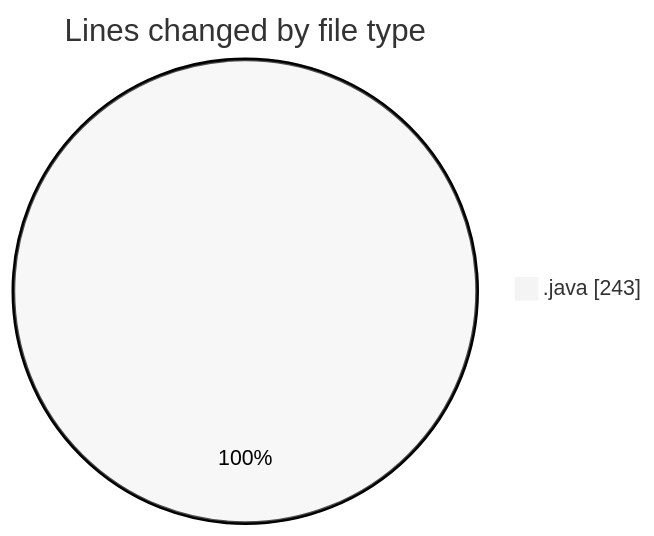
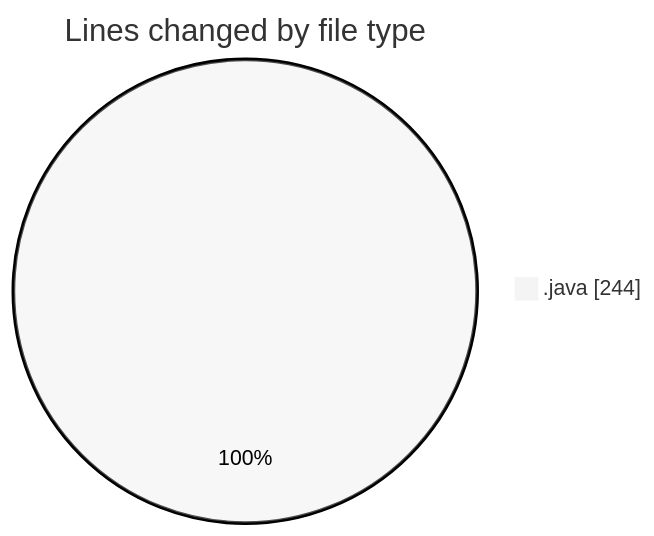
One commit to NitaiMahat/code-tracking changed the first of 2 diagrams in 2025-03-14/startfiles/README.md. Above: the diagram before and after it, drawn with Mermaid (neutral theme). The commit also changed other lines of this file and 1 other file, not shown here.

````diff
--- a/2025-03-14/startfiles/README.md
+++ b/2025-03-14/startfiles/README.md
@@ -20,5 +20,5 @@
 ```mermaid
 pie showData
 title Lines changed by file type
-".java" : 243
+".java" : 244
 ```
````
